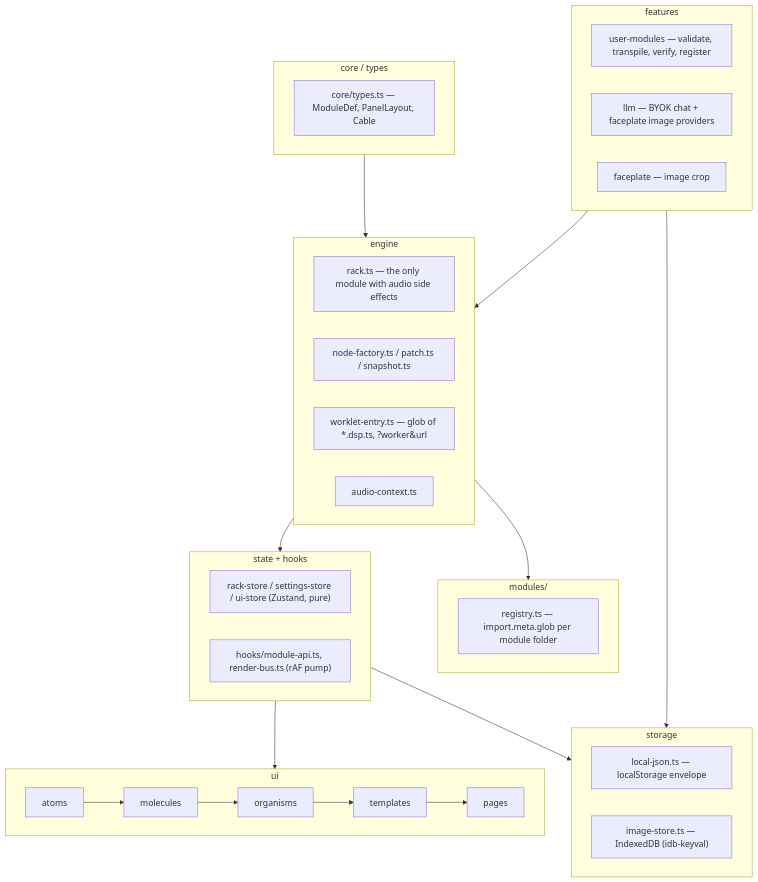
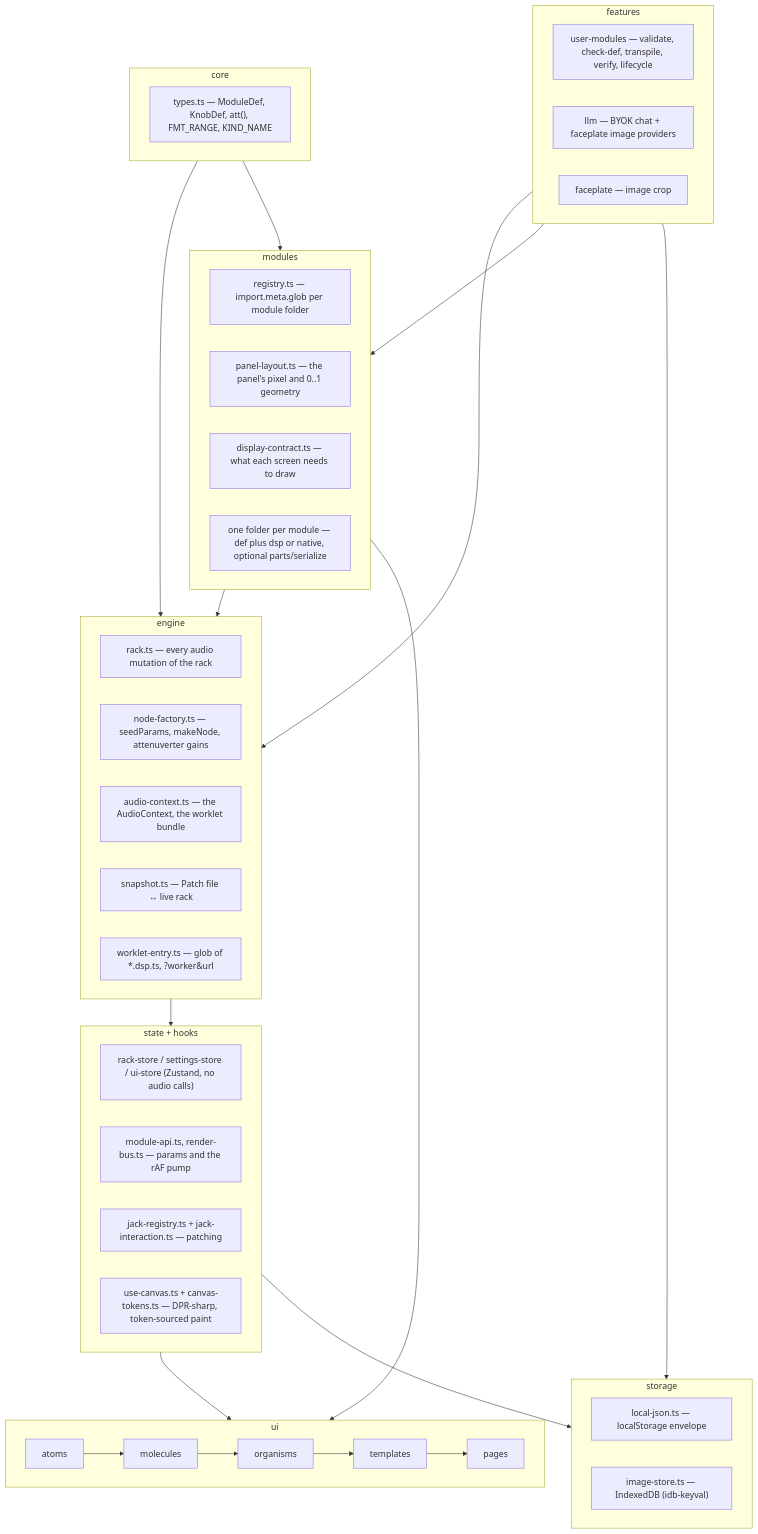
One commit to modularmechanic/signaly changed the diagram in docs/system-architecture.md. Above: the diagram before and after it, drawn with Mermaid. The commit also changed other lines of this file and 170 other files, not shown here.

````diff
--- a/docs/system-architecture.md
+++ b/docs/system-architecture.md
@@ -14,39 +14,48 @@
 ```mermaid
 flowchart TB
-    subgraph core["core / types"]
-        T["core/types.ts — ModuleDef, PanelLayout, Cable"]
+    subgraph core["core"]
+        T["types.ts — ModuleDef, KnobDef, att(), FMT_RANGE, KIND_NAME"]
     end
     subgraph engine["engine"]
-        E1["rack.ts — the only module with audio side effects"]
-        E2["node-factory.ts / patch.ts / snapshot.ts"]
-        E3["worklet-entry.ts — glob of *.dsp.ts, ?worker&url"]
-        E4["audio-context.ts"]
+        E1["rack.ts — every audio mutation of the rack"]
+        E2["node-factory.ts — seedParams, makeNode, attenuverter gains"]
+        E3["audio-context.ts — the AudioContext, the worklet bundle"]
+        E4["snapshot.ts — Patch file ↔ live rack"]
+        E5["worklet-entry.ts — glob of *.dsp.ts, ?worker&url"]
+    end
+    subgraph modules["modules"]
+        M1["registry.ts — import.meta.glob per module folder"]
+        M2["panel-layout.ts — the panel's pixel and 0..1 geometry"]
+        M3["display-contract.ts — what each screen needs to draw"]
+        M4["one folder per module — def plus dsp or native, optional parts/serialize"]
     end
     subgraph state["state + hooks"]
-        S1["rack-store / settings-store / ui-store (Zustand, pure)"]
-        S2["hooks/module-api.ts, render-bus.ts (rAF pump)"]
+        S1["rack-store / settings-store / ui-store (Zustand, no audio calls)"]
+        S2["module-api.ts, render-bus.ts — params and the rAF pump"]
+        S3["jack-registry.ts + jack-interaction.ts — patching"]
+        S4["use-canvas.ts + canvas-tokens.ts — DPR-sharp, token-sourced paint"]
     end
     subgraph ui["ui"]
         U1["atoms"] --> U2["molecules"] --> U3["organisms"] --> U4["templates"] --> U5["pages"]
     end
     subgraph features["features"]
-        F1["user-modules — validate, transpile, verify, register"]
+        F1["user-modules — validate, check-def, transpile, verify, lifecycle"]
         F2["llm — BYOK chat + faceplate image providers"]
         F3["faceplate — image crop"]
     end
     subgraph storage["storage"]
         ST1["local-json.ts — localStorage envelope"]
         ST2["image-store.ts — IndexedDB (idb-keyval)"]
     end
-    subgraph modules["modules/<id>"]
-        M1["registry.ts — import.meta.glob per module folder"]
-    end
 
     core --> engine
+    core --> modules
+    modules --> engine
     engine --> state
     state --> ui
+    modules --> ui
     features --> engine
+    features --> modules
     features --> storage
-    engine --> modules
     state --> storage
 ```
````
